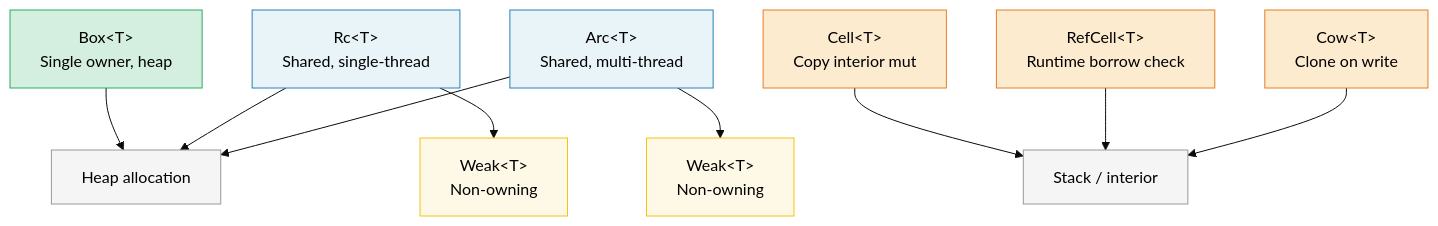
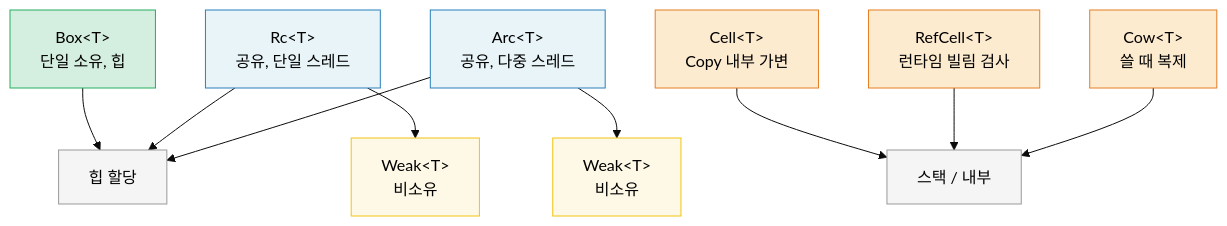
Before and after one commit to microsoft/RustTraining: the second of 2 diagrams in rust-patterns-book/src/ch09-smart-pointers-and-interior-mutability.md, drawn with Mermaid (base theme). The commit also changed other lines of this file and 186 other files, not shown here.

````diff
--- a/rust-patterns-book/src/ch09-smart-pointers-and-interior-mutability.md
+++ b/rust-patterns-book/src/ch09-smart-pointers-and-interior-mutability.md
@@ -605,24 +589,24 @@
 ```mermaid
 graph TD
-    Box["Box&lt;T&gt;<br>Single owner, heap"] --> Heap["Heap allocation"]
-    Rc["Rc&lt;T&gt;<br>Shared, single-thread"] --> Heap
-    Arc["Arc&lt;T&gt;<br>Shared, multi-thread"] --> Heap
+    Box["Box&lt;T&gt;<br>단일 소유, 힙"] --> Heap["힙 할당"]
+    Rc["Rc&lt;T&gt;<br>공유, 단일 스레드"] --> Heap
+    Arc["Arc&lt;T&gt;<br>공유, 다중 스레드"] --> Heap
 
-    Rc --> Weak1["Weak&lt;T&gt;<br>Non-owning"]
-    Arc --> Weak2["Weak&lt;T&gt;<br>Non-owning"]
+    Rc --> Weak1["Weak&lt;T&gt;<br>비소유"]
+    Arc --> Weak2["Weak&lt;T&gt;<br>비소유"]
 
-    Cell["Cell&lt;T&gt;<br>Copy interior mut"] --> Stack["Stack / interior"]
-    RefCell["RefCell&lt;T&gt;<br>Runtime borrow check"] --> Stack
-    Cow["Cow&lt;T&gt;<br>Clone on write"] --> Stack
+    Cell["Cell&lt;T&gt;<br>Copy 내부 가변"] --> Stack["스택 / 내부"]
+    RefCell["RefCell&lt;T&gt;<br>런타임 빌림 검사"] --> Stack
+    Cow["Cow&lt;T&gt;<br>쓸 때 복제"] --> Stack
 
     style Box fill:#d4efdf,stroke:#27ae60,color:#000
     style Rc fill:#e8f4f8,stroke:#2980b9,color:#000
     style Arc fill:#e8f4f8,stroke:#2980b9,color:#000
     style Weak1 fill:#fef9e7,stroke:#f1c40f,color:#000
     style Weak2 fill:#fef9e7,stroke:#f1c40f,color:#000
     style Cell fill:#fdebd0,stroke:#e67e22,color:#000
     style RefCell fill:#fdebd0,stroke:#e67e22,color:#000
     style Cow fill:#fdebd0,stroke:#e67e22,color:#000
     style Heap fill:#f5f5f5,stroke:#999,color:#000
     style Stack fill:#f5f5f5,stroke:#999,color:#000
 ```
````
